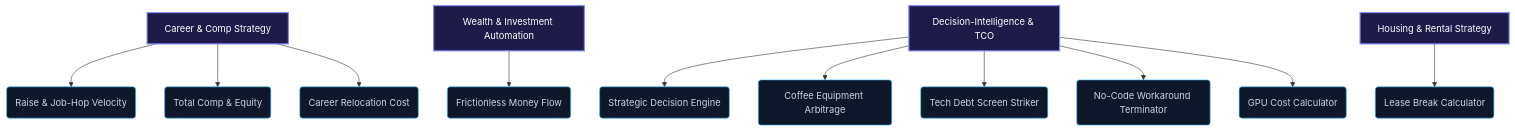
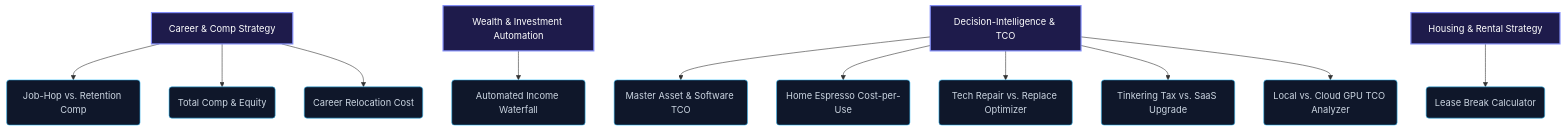
One commit to kotechile/giniloh changed the diagram in giniloh_calculators.md. Above: the diagram before and after it, drawn with Mermaid. The commit also changed other lines of this file and 12 other files, not shown here.

````diff
--- a/giniloh_calculators.md
+++ b/giniloh_calculators.md
@@ -9,19 +9,19 @@
 ```mermaid
 graph TD
     classDef category fill:#1e1b4b,stroke:#818cf8,stroke-width:2px,color:#fff;
     classDef tool fill:#0f172a,stroke:#38bdf8,stroke-width:1px,color:#cbd5e1;
 
-    C1[Career & Comp Strategy]:::category --> T1(Raise & Job-Hop Velocity):::tool
+    C1[Career & Comp Strategy]:::category --> T1(Job-Hop vs. Retention Comp):::tool
     C1 --> T2(Total Comp & Equity):::tool
     C1 --> T3(Career Relocation Cost):::tool
 
-    C2[Wealth & Investment Automation]:::category --> T4(Frictionless Money Flow):::tool
+    C2[Wealth & Investment Automation]:::category --> T4(Automated Income Waterfall):::tool
 
-    C3[Decision-Intelligence & TCO]:::category --> T5(Strategic Decision Engine):::tool
-    C3 --> T6(Coffee Equipment Arbitrage):::tool
-    C3 --> T7(Tech Debt Screen Striker):::tool
-    C3 --> T8(No-Code Workaround Terminator):::tool
-    C3 --> T9(GPU Cost Calculator):::tool
+    C3[Decision-Intelligence & TCO]:::category --> T5(Master Asset & Software TCO):::tool
+    C3 --> T6(Home Espresso Cost-per-Use):::tool
+    C3 --> T7(Tech Repair vs. Replace Optimizer):::tool
+    C3 --> T8(Tinkering Tax vs. SaaS Upgrade):::tool
+    C3 --> T9(Local vs. Cloud GPU TCO Analyzer):::tool
 
     C4[Housing & Rental Strategy]:::category --> T10(Lease Break Calculator):::tool
 ```
````
